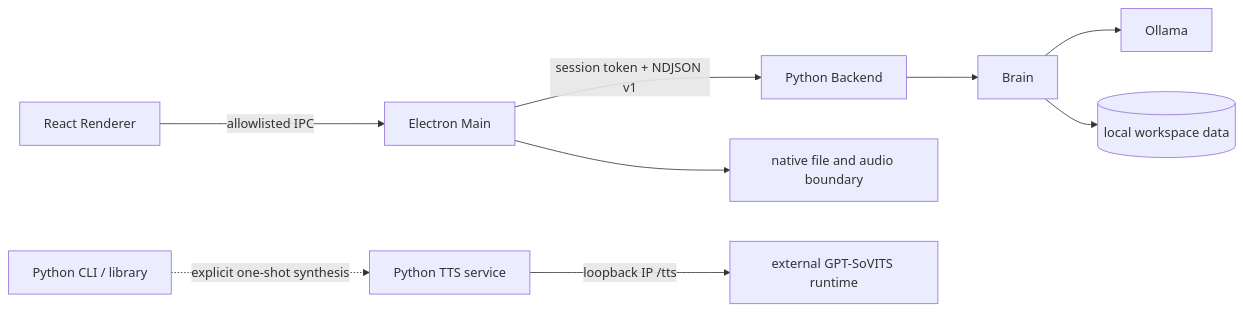
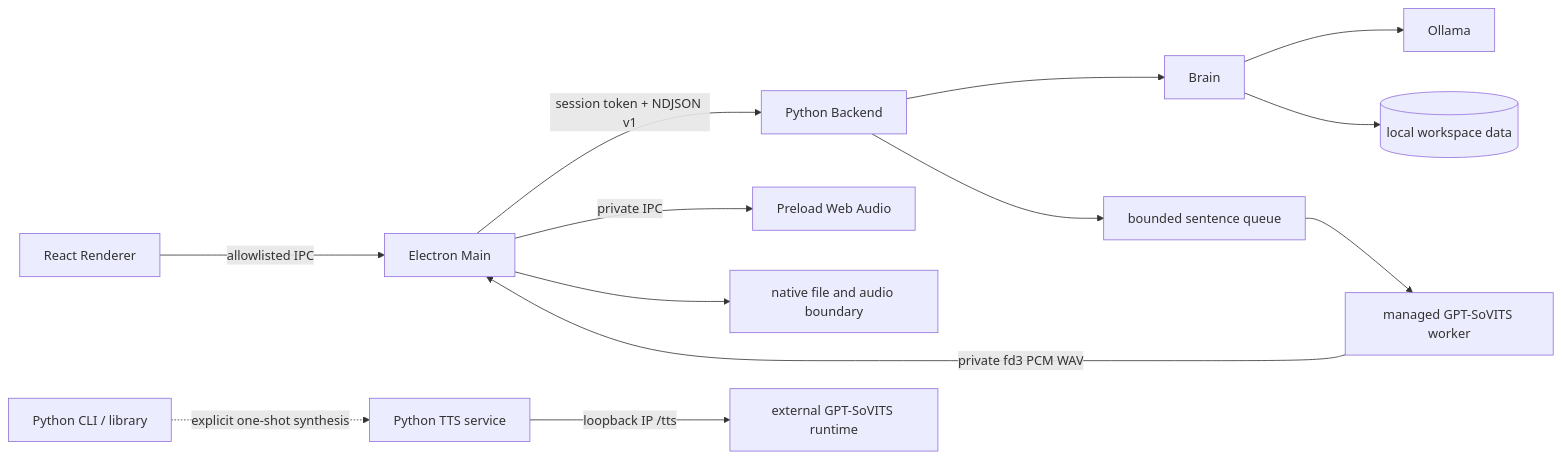
One commit to ActorF/Elysia_AI changed the diagram in README.en.md. Above: the diagram before and after it, drawn with Mermaid. The commit also changed other lines of this file and 35 other files, not shown here.

````diff
--- a/README.en.md
+++ b/README.en.md
@@ -68,11 +68,15 @@
 ```mermaid
 flowchart LR
     R[React Renderer] -->|allowlisted IPC| E[Electron Main]
     E -->|session token + NDJSON v1| P[Python Backend]
     P --> B[Brain]
     B --> O[Ollama]
     B --> D[(local workspace data)]
+    P --> Q[bounded sentence queue]
+    Q --> M[managed GPT-SoVITS worker]
+    M -->|private fd3 PCM WAV| E
+    E -->|private IPC| W[Preload Web Audio]
     C[Python CLI / library] -. explicit one-shot synthesis .-> T[Python TTS service]
     T -->|loopback IP /tts| G[external GPT-SoVITS runtime]
     E --> H[native file and audio boundary]
 ```
````
